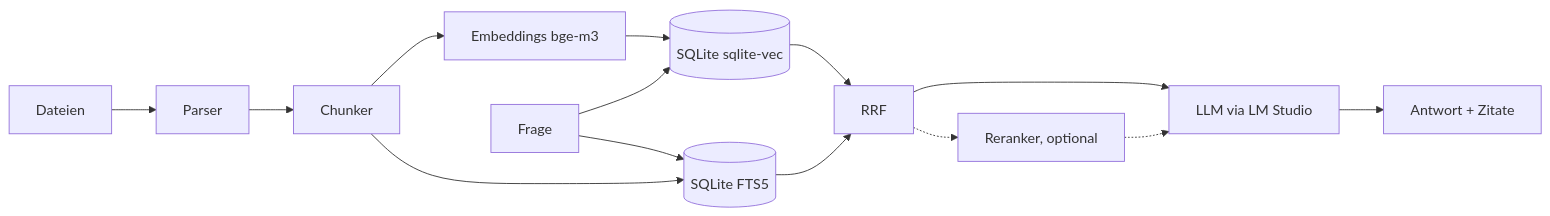
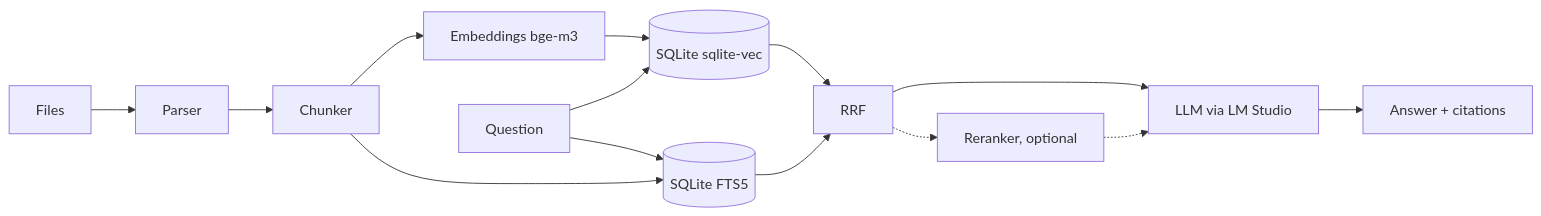
The diagram in README.md (Dualshok3/localRAG), drawn with Mermaid before and after one commit. The commit also changed other lines of this file and 1 other file, not shown here.

````diff
--- a/README.md
+++ b/README.md
@@ -454,8 +454,8 @@
 ```mermaid
 flowchart LR
-    F[Dateien] --> P[Parser] --> C[Chunker] --> E[Embeddings bge-m3]
+    F[Files] --> P[Parser] --> C[Chunker] --> E[Embeddings bge-m3]
     E --> V[(SQLite sqlite-vec)]
     C --> B[(SQLite FTS5)]
-    Q[Frage] --> V & B --> R[RRF] --> L[LLM via LM Studio] --> A[Antwort + Zitate]
+    Q[Question] --> V & B --> R[RRF] --> L[LLM via LM Studio] --> A[Answer + citations]
     R -.-> RR[Reranker, optional] -.-> L
 ```
````
